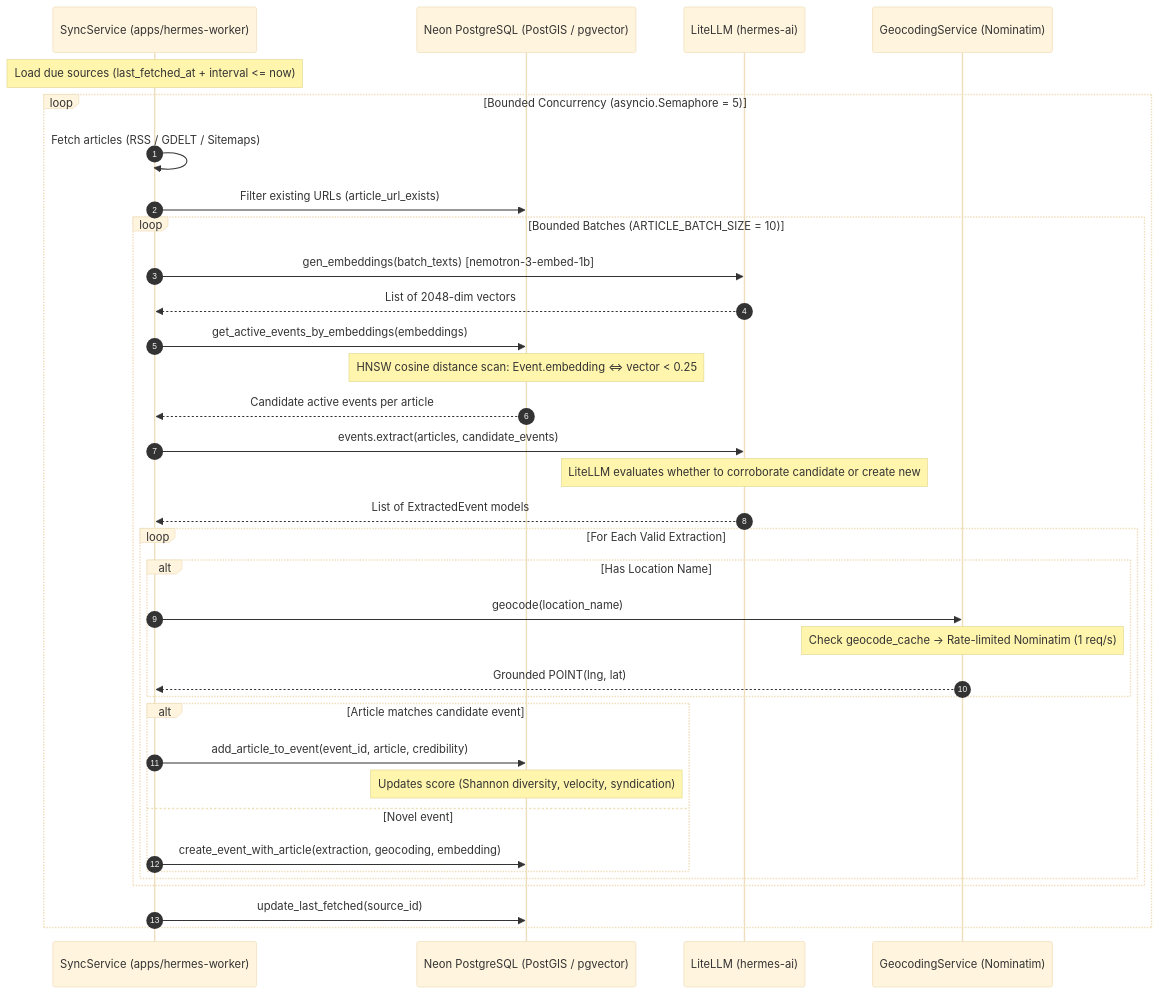
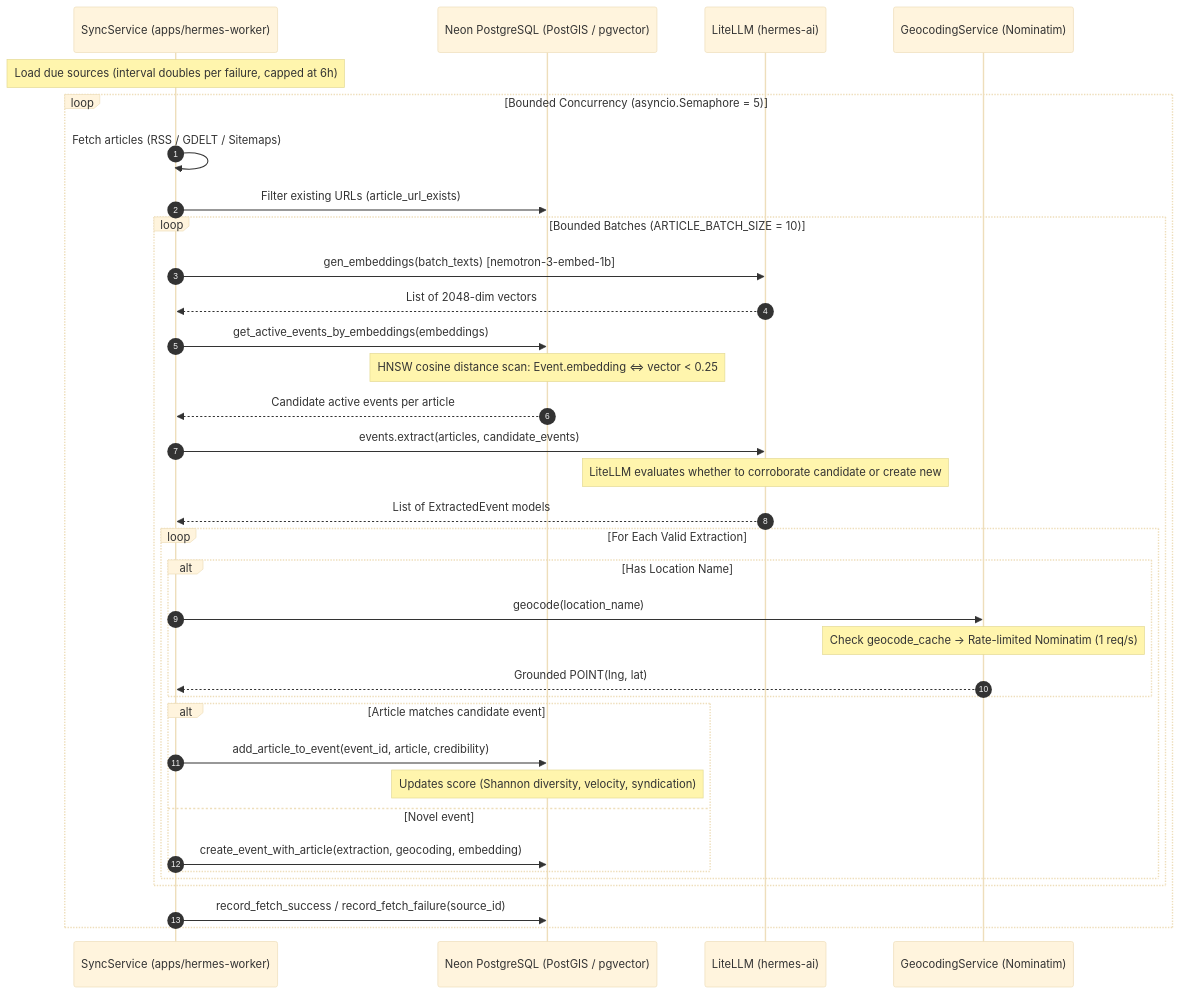
One commit to paavann/hermes changed the second of 4 diagrams in apps/hermes-worker/docs/architecture.md. Above: the diagram before and after it, drawn with Mermaid (base theme). The commit also changed 11 other files, not shown here.

````diff
--- a/apps/hermes-worker/docs/architecture.md
+++ b/apps/hermes-worker/docs/architecture.md
@@ -82,44 +82,44 @@
 ```mermaid
 sequenceDiagram
     autonumber
     participant W as SyncService (apps/hermes-worker)
     participant DB as Neon PostgreSQL (PostGIS / pgvector)
     participant AI as LiteLLM (hermes-ai)
     participant Nom as GeocodingService (Nominatim)
 
-    Note over W: Load due sources (last_fetched_at + interval <= now)
+    Note over W: Load due sources (interval doubles per failure, capped at 6h)
     
     loop Bounded Concurrency (asyncio.Semaphore = 5)
         W->>W: Fetch articles (RSS / GDELT / Sitemaps)
         W->>DB: Filter existing URLs (article_url_exists)
         
         loop Bounded Batches (ARTICLE_BATCH_SIZE = 10)
             W->>AI: gen_embeddings(batch_texts) [nemotron-3-embed-1b]
             AI-->>W: List of 2048-dim vectors
             
             W->>DB: get_active_events_by_embeddings(embeddings)
             Note over DB: HNSW cosine distance scan: Event.embedding <=> vector < 0.25
             DB-->>W: Candidate active events per article
             
             W->>AI: events.extract(articles, candidate_events)
             Note over AI: LiteLLM evaluates whether to corroborate candidate or create new
             AI-->>W: List of ExtractedEvent models
             
             loop For Each Valid Extraction
                 alt Has Location Name
                     W->>Nom: geocode(location_name)
                     Note over Nom: Check geocode_cache -> Rate-limited Nominatim (1 req/s)
                     Nom-->>W: Grounded POINT(lng, lat)
                 end
                 
                 alt Article matches candidate event
                     W->>DB: add_article_to_event(event_id, article, credibility)
                     Note over DB: Updates score (Shannon diversity, velocity, syndication)
                 else Novel event
                     W->>DB: create_event_with_article(extraction, geocoding, embedding)
                 end
             end
         end
-        W->>DB: update_last_fetched(source_id)
+        W->>DB: record_fetch_success / record_fetch_failure(source_id)
     end
 ```
````
